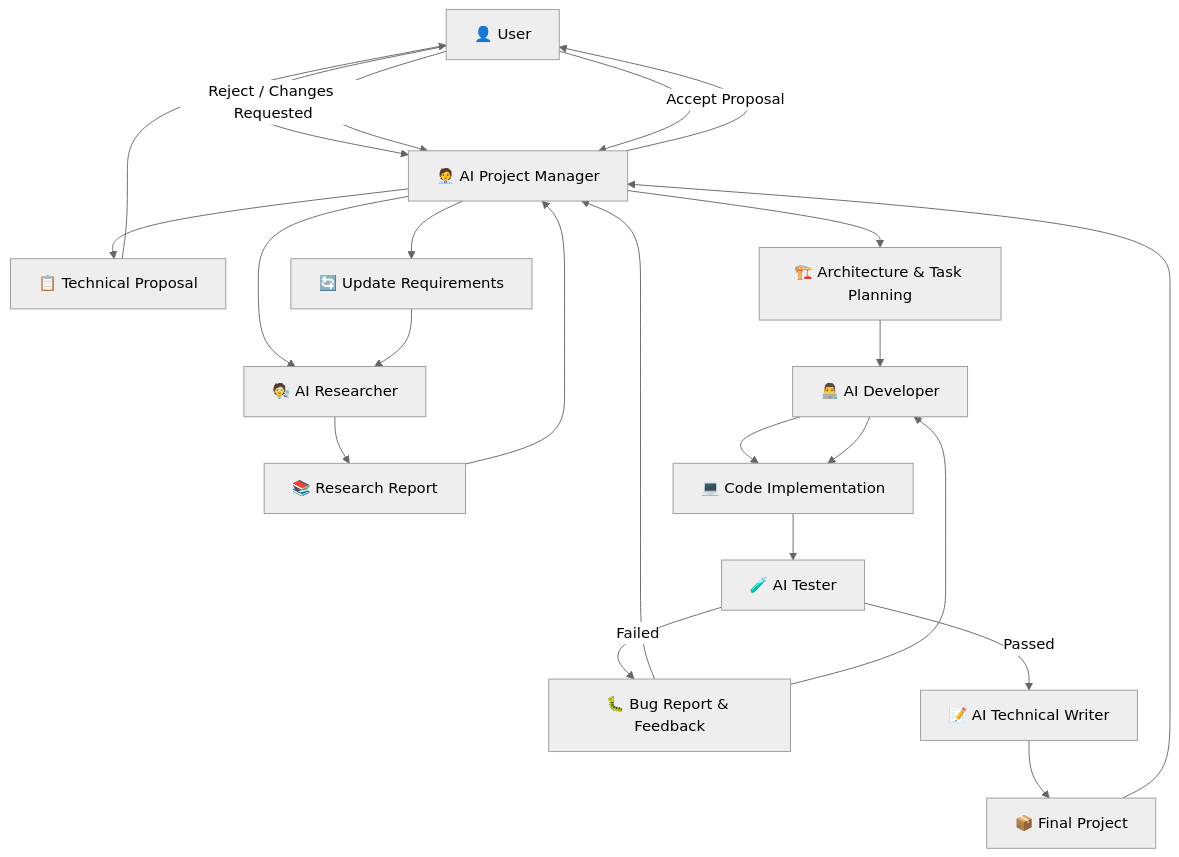
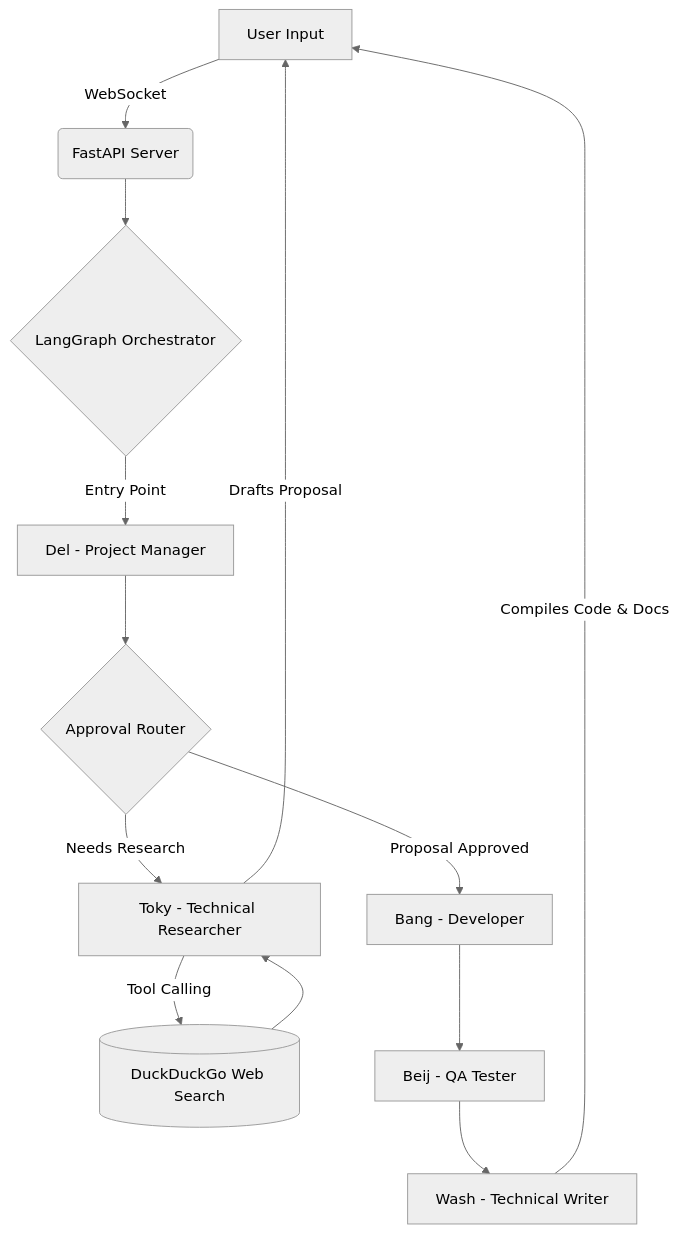
The diagram in README.md (avarshvir/oxygen), drawn with Mermaid (neutral theme) before and after one commit. The commit also changed other lines of this file, not shown here.

````diff
--- a/README.md
+++ b/README.md
@@ -42,36 +24,17 @@
 ```mermaid
-flowchart TD
-    U[👤 User] --> PM[🧑‍💼 AI Project Manager]
-
-    PM --> R[🧑‍🔬 AI Researcher]
-    R --> RP[📚 Research Report]
-
-    RP --> PM
-    PM --> P[📋 Technical Proposal]
-
-    P --> U
-
-    U -->|Reject / Changes Requested| PM
-    PM --> RU[🔄 Update Requirements]
-    RU --> R
-
-    U -->|Accept Proposal| PM
-    PM --> A[🏗️ Architecture & Task Planning]
-
-    A --> D[👨‍💻 AI Developer]
-    D --> C[💻 Code Implementation]
-
-    C --> T[🧪 AI Tester]
-    T -->|Failed| FB[🐛 Bug Report & Feedback]
-
-    FB --> PM
-    FB --> D
-
-    D --> C
-
-    T -->|Passed| DOC[📝 AI Technical Writer]
-    DOC --> F[📦 Final Project]
-
-    F --> PM
-    PM --> U
+graph TD
+    A[User Input] -->|WebSocket| B(FastAPI Server)
+    B --> C{LangGraph Orchestrator}
+    C -->|Entry Point| D[Del - Project Manager]
+    
+    D --> E{Approval Router}
+    E -->|Needs Research| F[Toky - Technical Researcher]
+    F -->|Tool Calling| G[(DuckDuckGo Web Search)]
+    G --> F
+    F -->|Drafts Proposal| A
+    
+    E -->|Proposal Approved| H[Bang - Developer]
+    H --> I[Beij - QA Tester]
+    I --> J[Wash - Technical Writer]
+    J -->|Compiles Code & Docs| A
 ```
````
